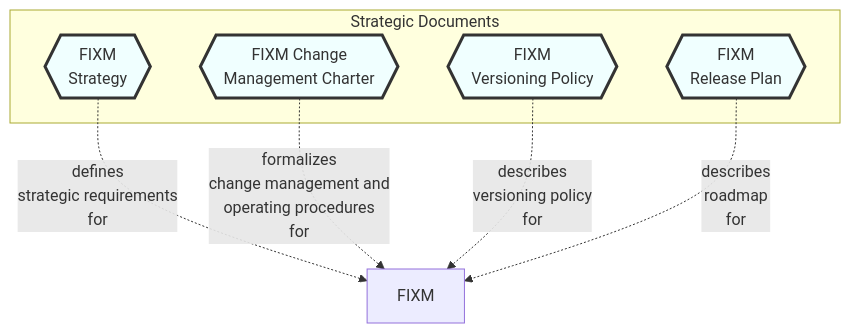
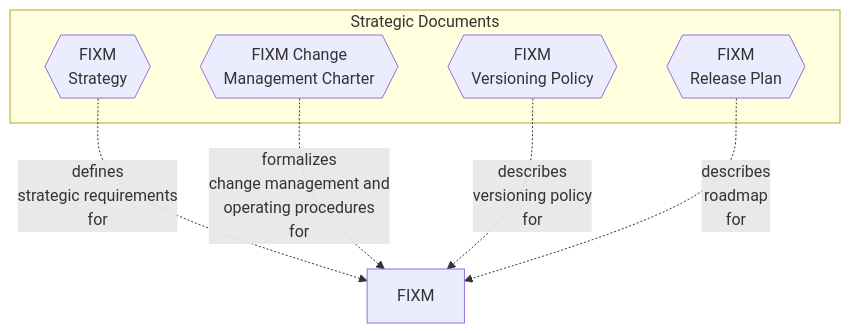
The diagram in docs/home.md (hlepori/test_docsify), drawn with Mermaid before and after one commit.

````diff
--- a/docs/home.md
+++ b/docs/home.md
@@ -5,25 +5,25 @@
 ```mermaid
 graph TD
 
 FIXM
 
 subgraph Strategic Documents
 STRATEGY{{FIXM<br>Strategy}}
 CHARTER{{FIXM Change<br>Management Charter}}
 VERSIONING{{FIXM<br>Versioning Policy}}
 RELEASEPLAN{{FIXM<br>Release Plan}}
 end
 
 STRATEGY-. defines<br>strategic requirements<br>for .-> FIXM
 CHARTER-.  formalizes<br>change management and<br>operating procedures<br>for .-> FIXM
 VERSIONING-. describes<br>versioning policy<br>for .-> FIXM
 RELEASEPLAN-. describes<br>roadmap<br>for .-> FIXM
 
-style STRATEGY fill:#F0FFFF,stroke:#333,stroke-width:3px
-style CHARTER fill:#F0FFFF,stroke:#333,stroke-width:3px
-style VERSIONING fill:#F0FFFF,stroke:#333,stroke-width:3px
-style RELEASEPLAN fill:#F0FFFF,stroke:#333,stroke-width:3px
-style RELEASEPLAN fill:#F0FFFF,stroke:#333,stroke-width:3px
+%% style STRATEGY fill:#F0FFFF,stroke:#333,stroke-width:3px
+%% style CHARTER fill:#F0FFFF,stroke:#333,stroke-width:3px
+%% style VERSIONING fill:#F0FFFF,stroke:#333,stroke-width:3px
+%% style RELEASEPLAN fill:#F0FFFF,stroke:#333,stroke-width:3px
+%% style RELEASEPLAN fill:#F0FFFF,stroke:#333,stroke-width:3px
 
 click STRATEGY "https://ost.eurocontrol.int/sites/FIXM/Lists/Bug%20reports/AllItems.aspx" "Browse the FIXM Strategy"
 ```
````
